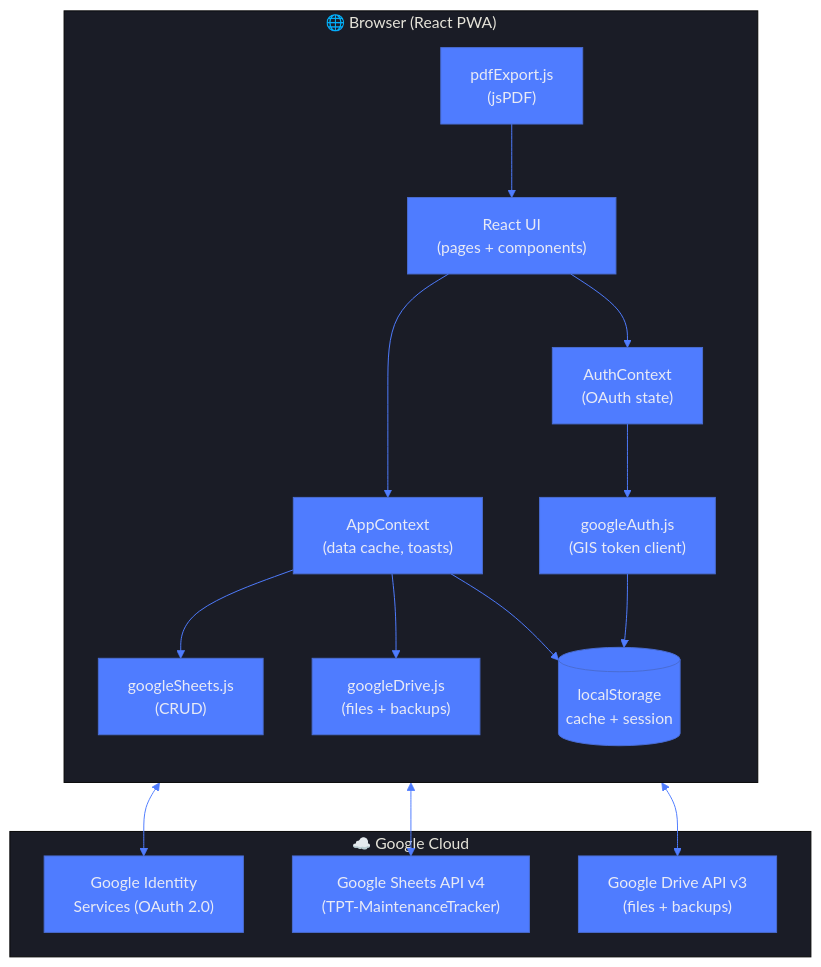
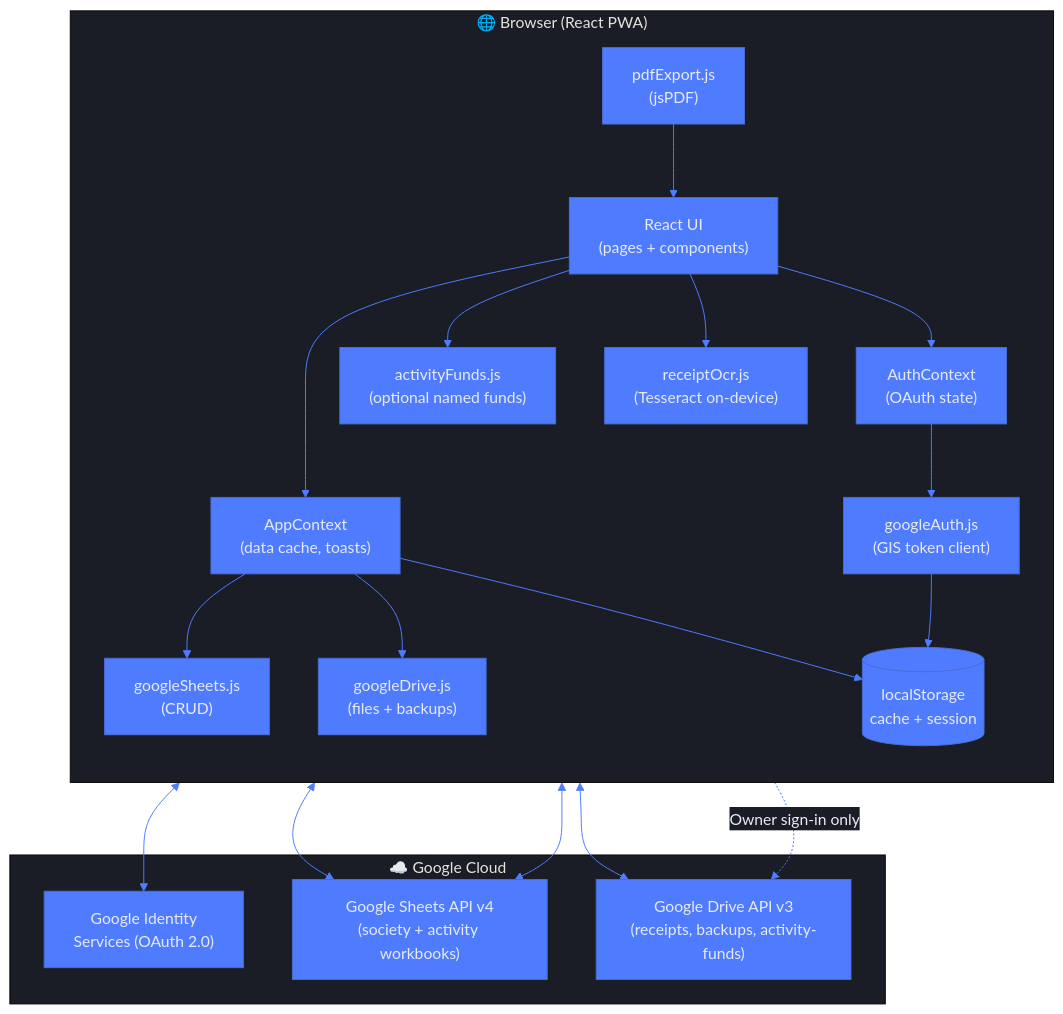
Before and after one commit to theprideoftirumala/AppartmentApp: the first of 7 diagrams in Explanation.md, drawn with Mermaid. The commit also changed other lines of this file and 26 other files, not shown here.

First line of the commit message:
Fix PDF and phone Google errors, add camera fill and activity funds.

````diff
--- a/Explanation.md
+++ b/Explanation.md
@@ -13,33 +13,39 @@
 ```mermaid
 %%{init: {'theme': 'base', 'themeVariables': {'primaryColor': '#4f7cff', 'edgeLabelBackground': '#1a1c26', 'tertiaryColor': '#1a1c26', 'background': '#0d0f17', 'primaryTextColor': '#e8eaf6', 'lineColor': '#4f7cff'}}}%%
 graph TD
     subgraph Browser["🌐 Browser (React PWA)"]
         direction TB
         UI["React UI\n(pages + components)"]
         AUTH_CTX["AuthContext\n(OAuth state)"]
         APP_CTX["AppContext\n(data cache, toasts)"]
         SVC_AUTH["googleAuth.js\n(GIS token client)"]
         SVC_SHEETS["googleSheets.js\n(CRUD)"]
         SVC_DRIVE["googleDrive.js\n(files + backups)"]
         SVC_PDF["pdfExport.js\n(jsPDF)"]
+        SVC_ACT["activityFunds.js\n(optional named funds)"]
+        OCR["receiptOcr.js\n(Tesseract on-device)"]
         LS[("localStorage\ncache + session")]
     end
 
     subgraph Google["☁️ Google Cloud"]
         OAUTH["Google Identity\nServices (OAuth 2.0)"]
-        SHEETS["Google Sheets API v4\n(TPT-MaintenanceTracker)"]
-        DRIVE["Google Drive API v3\n(files + backups)"]
+        SHEETS["Google Sheets API v4\n(society + activity workbooks)"]
+        DRIVE["Google Drive API v3\n(receipts, backups, activity-funds)"]
     end
 
     UI --> AUTH_CTX
     UI --> APP_CTX
     AUTH_CTX --> SVC_AUTH
     APP_CTX --> SVC_SHEETS
     APP_CTX --> SVC_DRIVE
+    UI --> SVC_ACT
+    UI --> OCR
     SVC_AUTH <--> OAUTH
     SVC_SHEETS <--> SHEETS
+    SVC_ACT <--> SHEETS
     SVC_DRIVE <--> DRIVE
     SVC_AUTH --> LS
     APP_CTX --> LS
     SVC_PDF --> UI
+    AUTH_CTX -.->|"Owner sign-in only"| DRIVE
 ```
````
